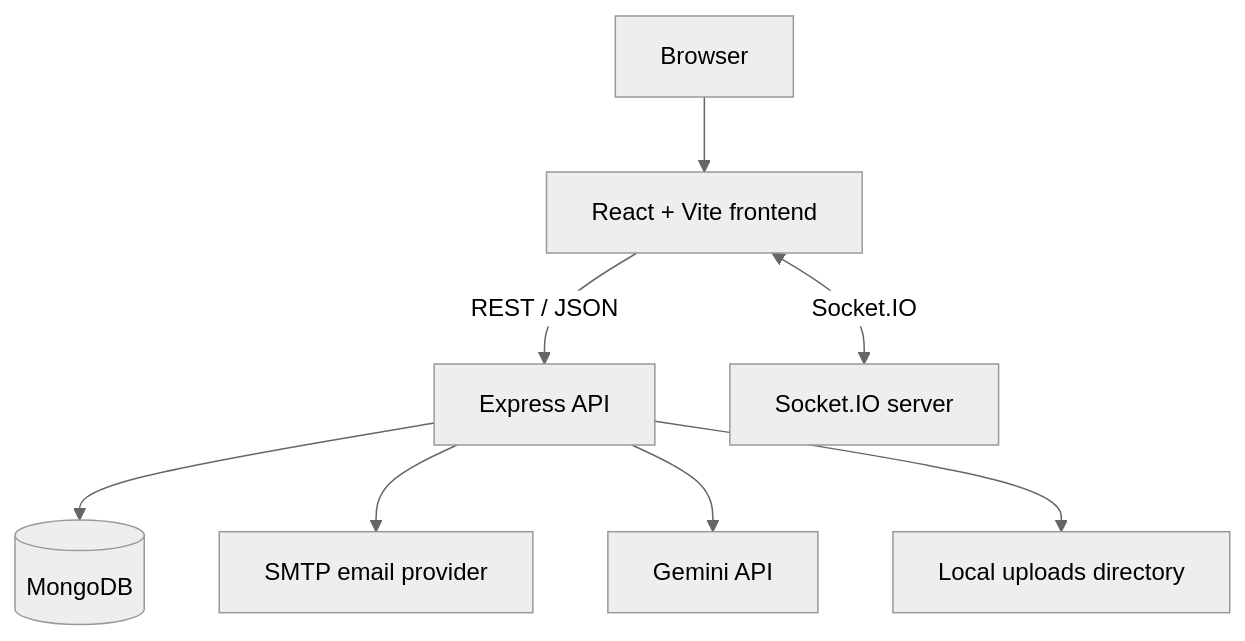
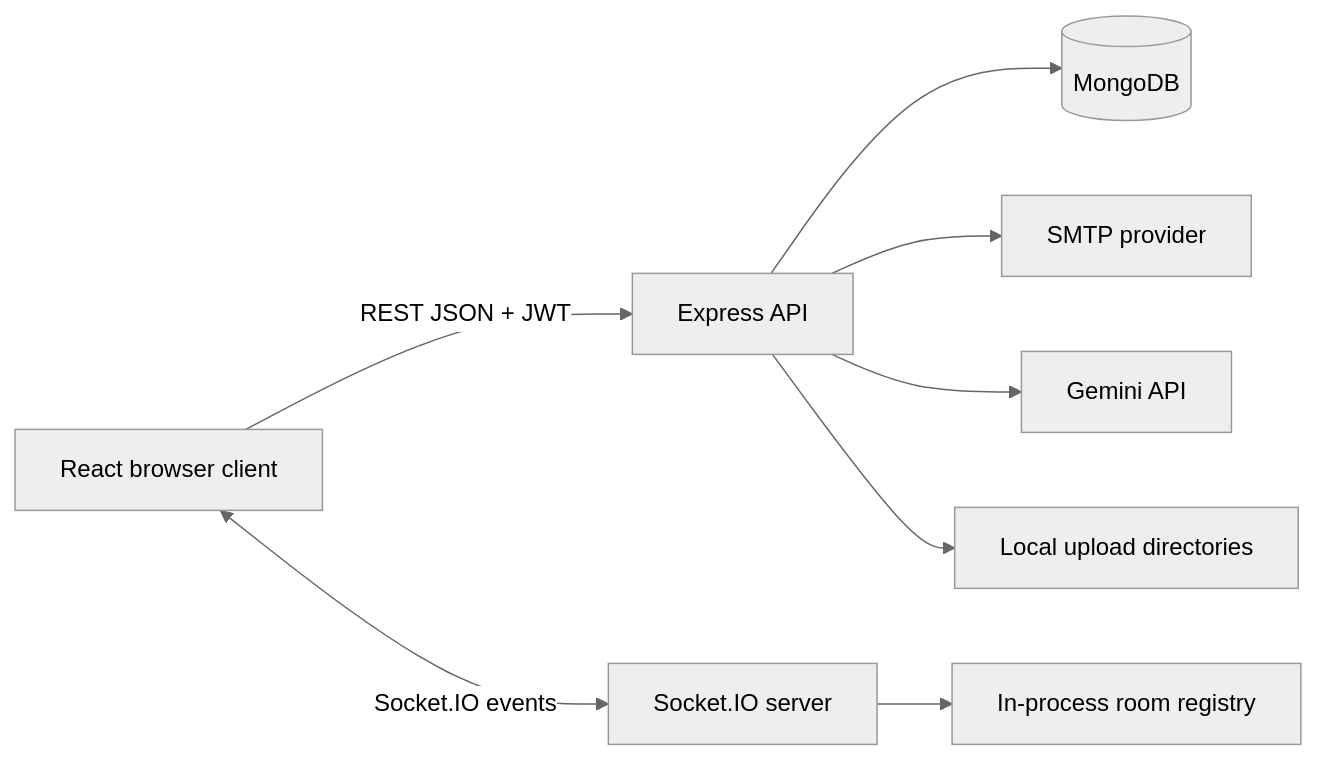
Before and after one commit to Brajesh31/SkillSphere: the diagram in README.md, drawn with Mermaid (neutral theme). The commit also changed other lines of this file and 23 other files, not shown here.

````diff
--- a/README.md
+++ b/README.md
@@ -122,10 +222,10 @@
 ```mermaid
-flowchart TD
-    U[Browser] --> FE[React + Vite frontend]
-    FE -->|REST / JSON| API[Express API]
-    FE <-->|Socket.IO| RT[Socket.IO server]
-    API --> DB[(MongoDB)]
-    API --> MAIL[SMTP email provider]
-    API --> AI[Gemini API]
-    API --> FS[Local uploads directory]
+flowchart LR
+    Browser[React browser client] -->|REST JSON + JWT| Express[Express API]
+    Browser <-->|Socket.IO events| Socket[Socket.IO server]
+    Express --> Mongo[(MongoDB)]
+    Express --> SMTP[SMTP provider]
+    Express --> Gemini[Gemini API]
+    Express --> Disk[Local upload directories]
+    Socket --> Memory[In-process room registry]
 ```
````
